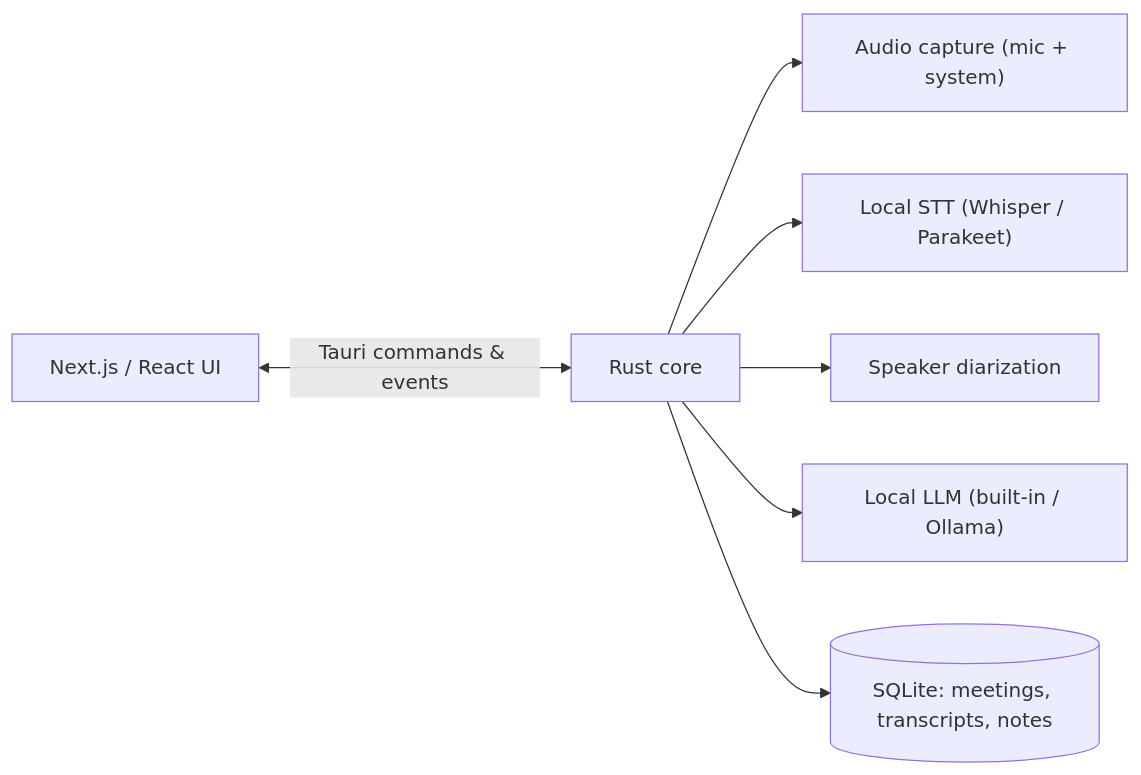
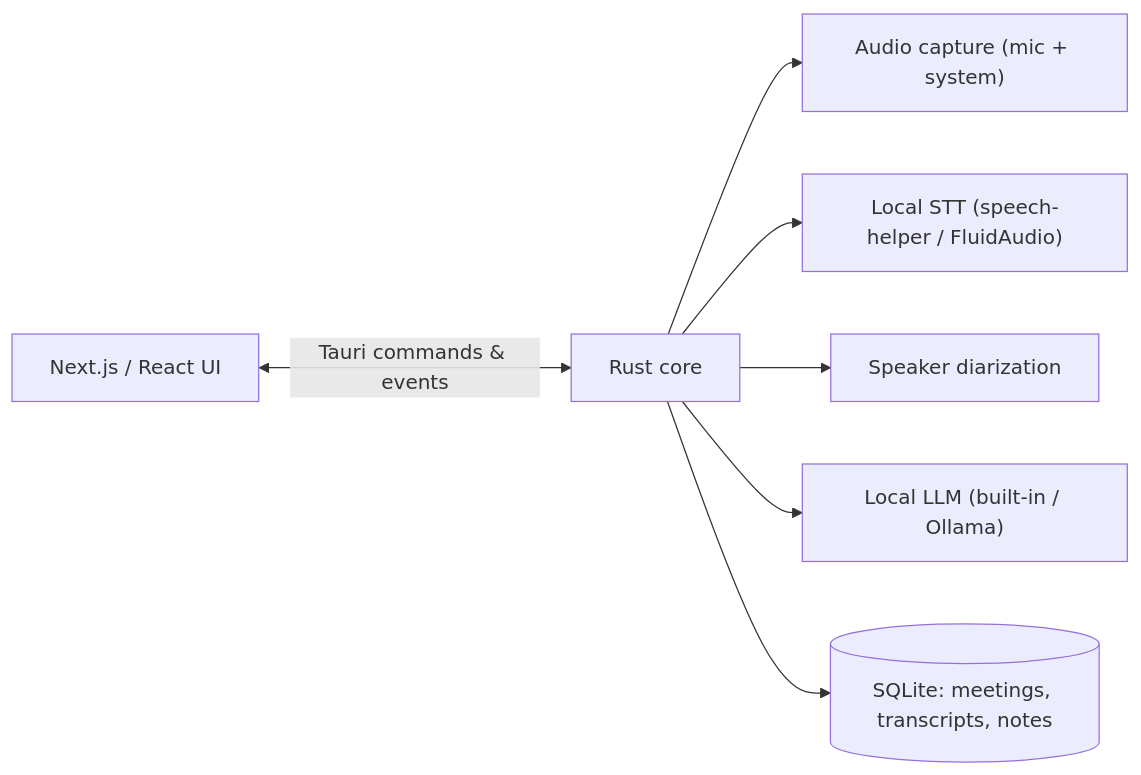
Before and after one commit to praveenVnktsh/minutes: the diagram in README.md, drawn with Mermaid. The commit also changed other lines of this file and 153 other files, not shown here.

````diff
--- a/README.md
+++ b/README.md
@@ -116,9 +115,9 @@
 ```mermaid
 flowchart LR
   UI["Next.js / React UI"] <-->|Tauri commands & events| Core["Rust core"]
   Core --> Audio["Audio capture (mic + system)"]
-  Core --> STT["Local STT (Whisper / Parakeet)"]
+  Core --> STT["Local STT (speech-helper / FluidAudio)"]
   Core --> Diar["Speaker diarization"]
   Core --> LLM["Local LLM (built-in / Ollama)"]
   Core --> DB[("SQLite: meetings, transcripts, notes")]
 ```
````
